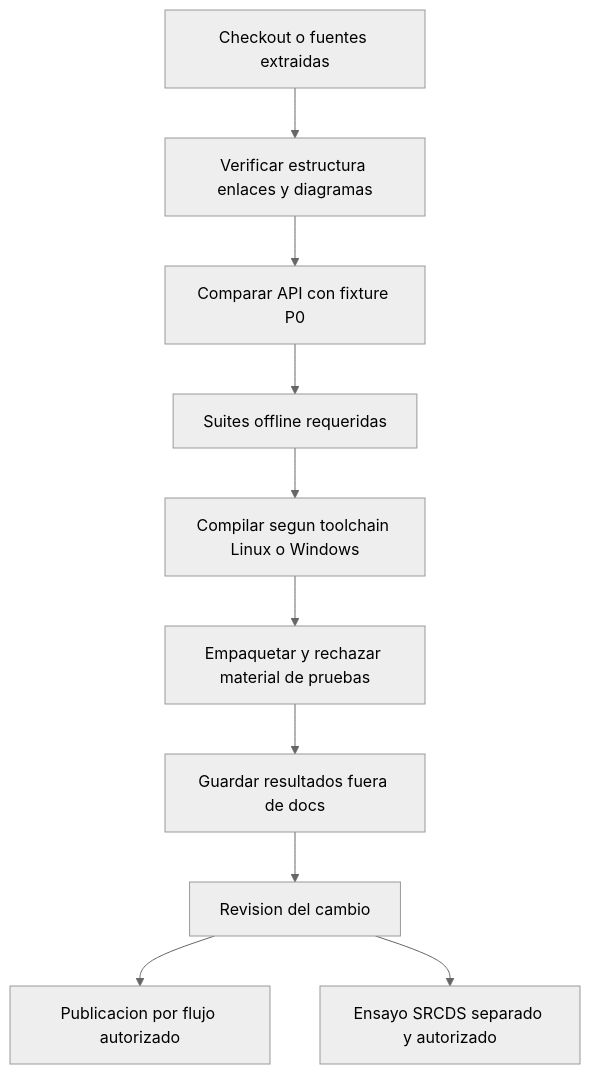
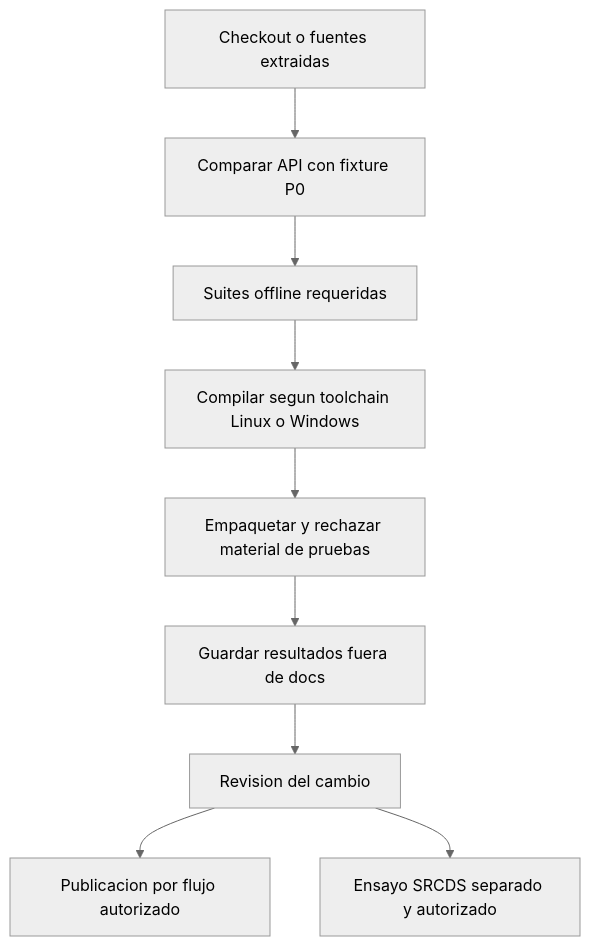
The diagram in docs/build/ci.md (AoC-Gamers/SteamWorks), drawn with Mermaid (neutral theme) before and after one commit. The commit also changed other lines of this file and 7 other files, not shown here.

````diff
--- a/docs/build/ci.md
+++ b/docs/build/ci.md
@@ -12,12 +13,11 @@
 ```mermaid
 flowchart TD
- A[Checkout o fuentes extraidas] --> B[Verificar estructura enlaces y diagramas]
- B --> C[Comparar API con fixture P0]
+ A[Checkout o fuentes extraidas] --> C[Comparar API con fixture P0]
  C --> D[Suites offline requeridas]
  D --> E[Compilar segun toolchain Linux o Windows]
  E --> F[Empaquetar y rechazar material de pruebas]
  F --> G[Guardar resultados fuera de docs]
  G --> H[Revision del cambio]
  H --> I[Publicacion por flujo autorizado]
  H --> J[Ensayo SRCDS separado y autorizado]
 ```
````
